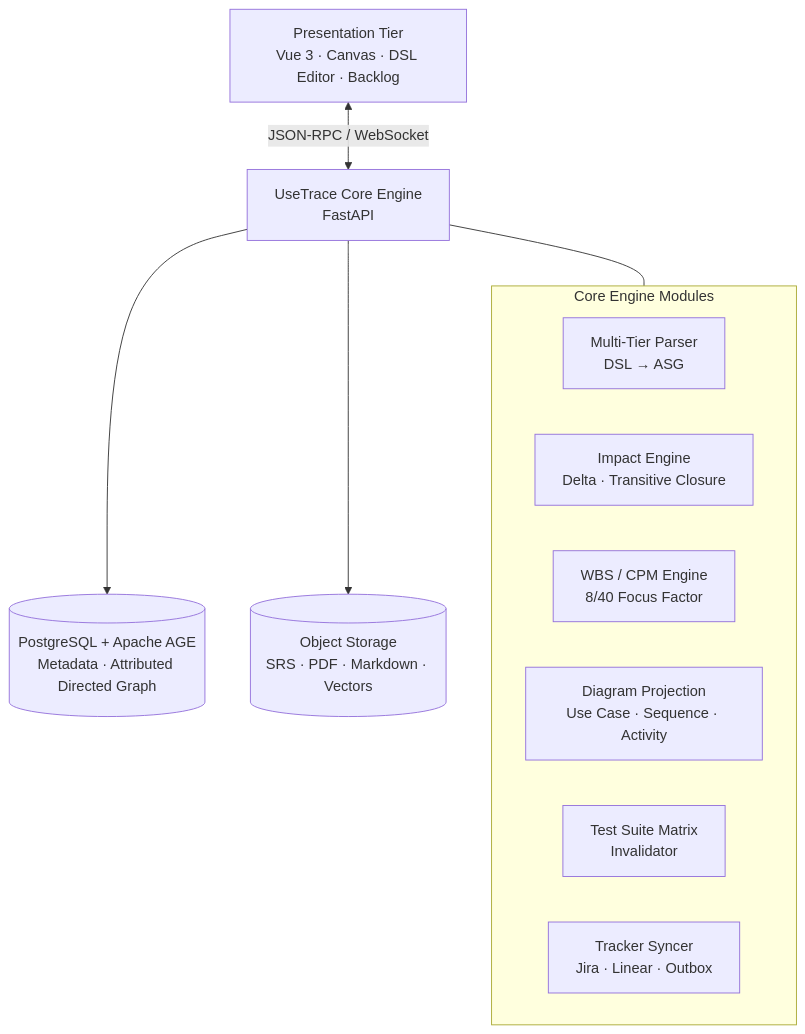
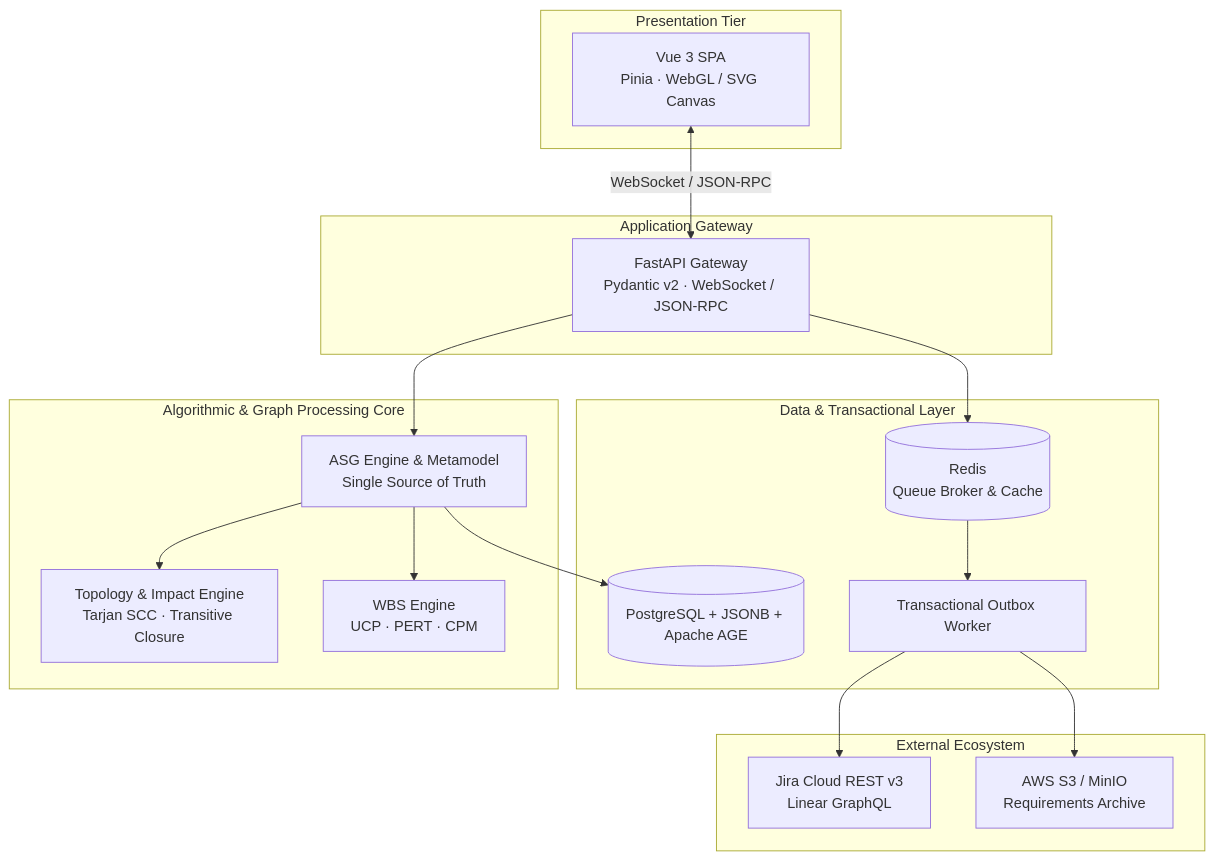
The first of 4 diagrams in docs/proposal.md (Vlad8800/F2-diploma-project), drawn with Mermaid before and after one commit. The commit also changed other lines of this file, not shown here.

````diff
--- a/docs/proposal.md
+++ b/docs/proposal.md
@@ -79,19 +71,30 @@
 ```mermaid
 flowchart TB
-    UI["Presentation Tier<br/>Vue 3 · Canvas · DSL Editor · Backlog"]
-    CORE["UseTrace Core Engine<br/>FastAPI"]
-    DB[("PostgreSQL + Apache AGE<br/>Metadata · Attributed Directed Graph")]
-    OS[("Object Storage<br/>SRS · PDF · Markdown · Vectors")]
-    UI <-->|JSON-RPC / WebSocket| CORE
-    CORE --> DB
-    CORE --> OS
-    subgraph M["Core Engine Modules"]
-      P["Multi-Tier Parser<br/>DSL → ASG"]
-      I["Impact Engine<br/>Delta · Transitive Closure"]
-      W["WBS / CPM Engine<br/>8/40 Focus Factor"]
-      D["Diagram Projection<br/>Use Case · Sequence · Activity"]
-      Q["Test Suite Matrix<br/>Invalidator"]
-      S["Tracker Syncer<br/>Jira · Linear · Outbox"]
+    subgraph P["Presentation Tier"]
+      UI["Vue 3 SPA<br/>Pinia · WebGL / SVG Canvas"]
     end
-    CORE --- M
+    subgraph G["Application Gateway"]
+      API["FastAPI Gateway<br/>Pydantic v2 · WebSocket / JSON-RPC"]
+    end
+    subgraph E["Algorithmic & Graph Processing Core"]
+      ASG["ASG Engine & Metamodel<br/>Single Source of Truth"]
+      IMPACT["Topology & Impact Engine<br/>Tarjan SCC · Transitive Closure"]
+      EST["WBS Engine<br/>UCP · PERT · CPM"]
+    end
+    subgraph D["Data & Transactional Layer"]
+      DB[("PostgreSQL + JSONB + Apache AGE")]
+      REDIS[("Redis<br/>Queue Broker & Cache")]
+      OUTBOX["Transactional Outbox Worker"]
+    end
+    subgraph X["External Ecosystem"]
+      TR["Jira Cloud REST v3<br/>Linear GraphQL"]
+      ST["AWS S3 / MinIO<br/>Requirements Archive"]
+    end
+    UI <-->|WebSocket / JSON-RPC| API
+    API --> ASG
+    API --> REDIS
+    ASG --> IMPACT & EST
+    ASG --> DB
+    REDIS --> OUTBOX
+    OUTBOX --> TR & ST
 ```
````
